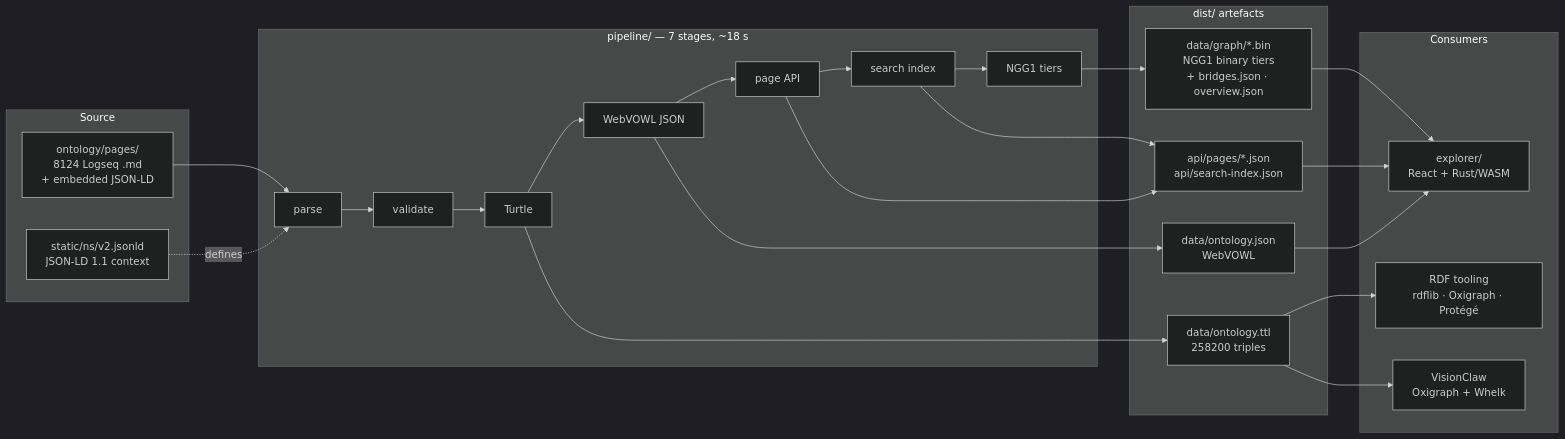
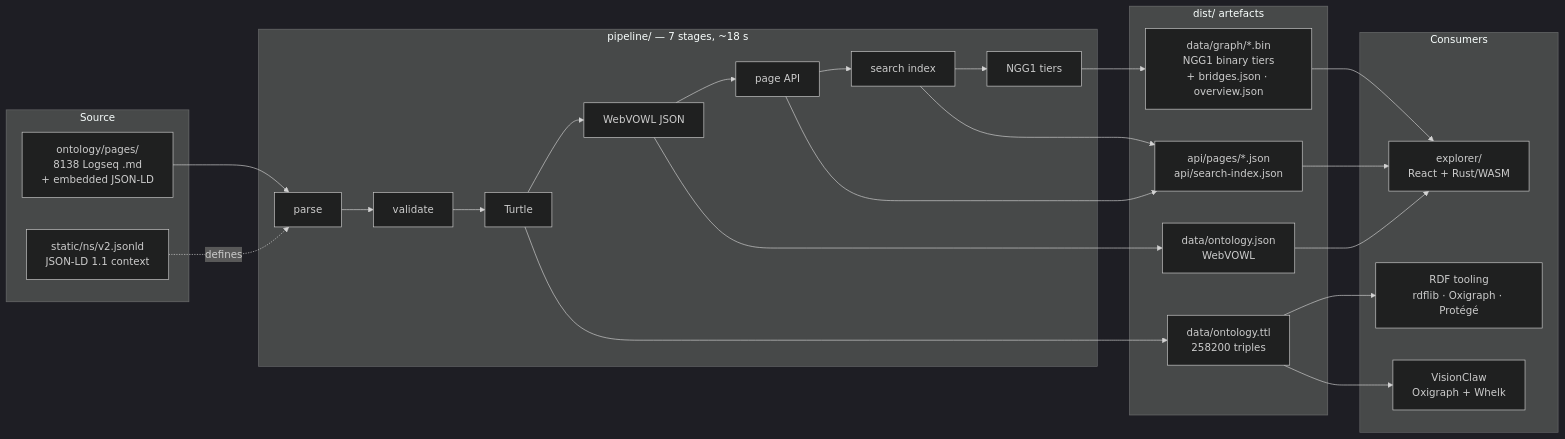
Before and after one commit to DreamLab-AI/knowledgeGraph: the diagram in README.md, drawn with Mermaid (dark theme). The commit also changed other lines of this file and 80 other files, not shown here.

````diff
--- a/README.md
+++ b/README.md
@@ -147,39 +147,39 @@
 ```mermaid
 flowchart LR
     subgraph source["Source"]
-        md["ontology/pages/<br/>8124 Logseq .md<br/>+ embedded JSON-LD"]
+        md["ontology/pages/<br/>8138 Logseq .md<br/>+ embedded JSON-LD"]
         ctx["static/ns/v2.jsonld<br/>JSON-LD 1.1 context"]
     end
 
     subgraph pipe["pipeline/ — 7 stages, ~18 s"]
         p1["parse"] --> p2["validate"] --> p3["Turtle"]
         p3 --> p4["WebVOWL JSON"] --> p5["page API"]
         p5 --> p6["search index"] --> p7["NGG1 tiers"]
     end
 
     subgraph art["dist/ artefacts"]
         ttl["data/ontology.ttl<br/>258200 triples"]
         vowl["data/ontology.json<br/>WebVOWL"]
         bin["data/graph/*.bin<br/>NGG1 binary tiers<br/>+ bridges.json · overview.json"]
         api["api/pages/*.json<br/>api/search-index.json"]
     end
 
     subgraph cons["Consumers"]
         rdf["RDF tooling<br/>rdflib · Oxigraph · Protégé"]
         exp["explorer/<br/>React + Rust/WASM"]
         vc["VisionClaw<br/>Oxigraph + Whelk"]
     end
 
     md --> p1
     ctx -.defines.-> p1
     p3 --> ttl
     p4 --> vowl
     p7 --> bin
     p5 --> api
     p6 --> api
     ttl --> rdf
     ttl --> vc
     bin --> exp
     api --> exp
     vowl --> exp
 ```
````
